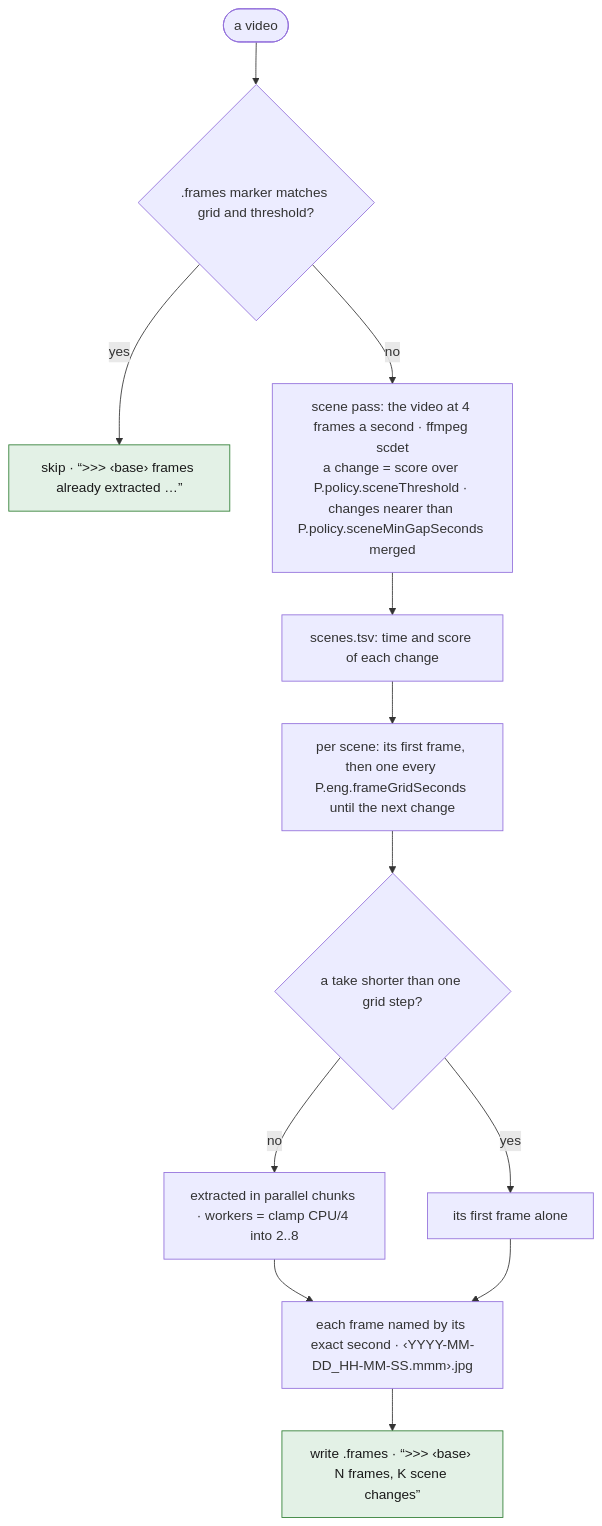
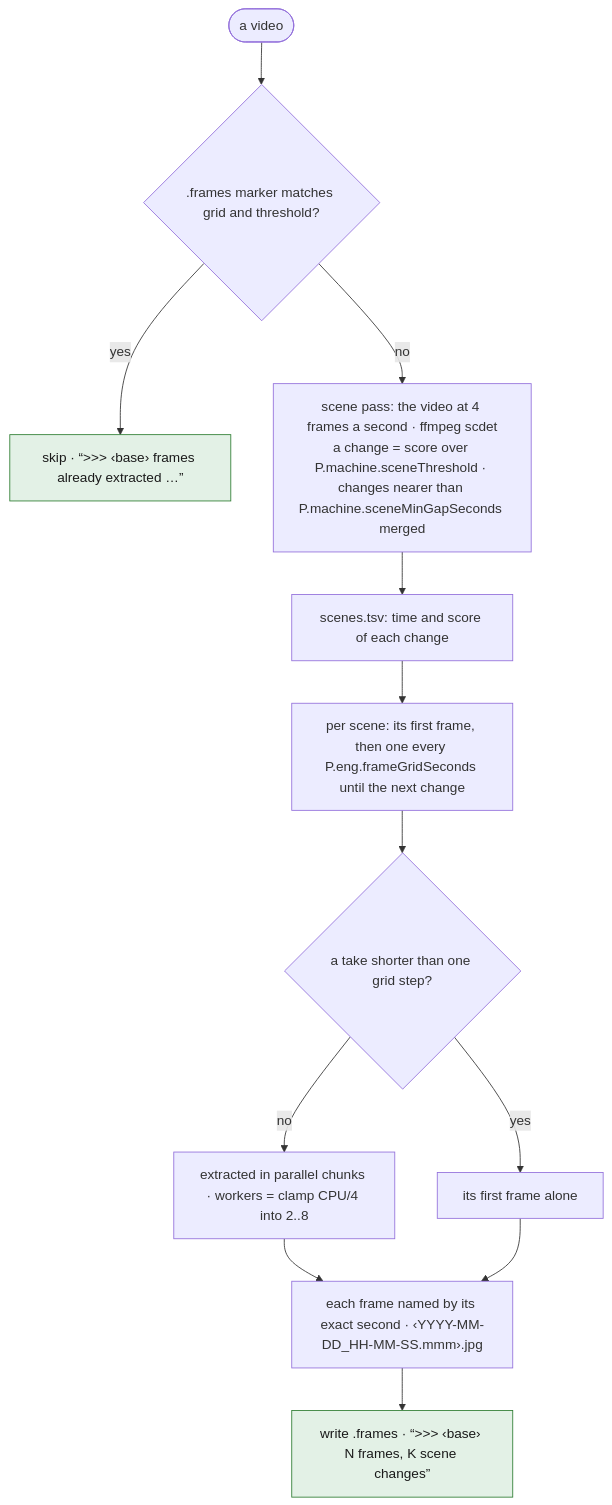
The sixth of 12 diagrams in spec/04-prepare.md (tbocek/naivepost), drawn with Mermaid before and after one commit. The commit also changed other lines of this file and 16 other files, not shown here.

````diff
--- a/spec/04-prepare.md
+++ b/spec/04-prepare.md
@@ -173,17 +173,17 @@
 ```mermaid
 flowchart TD
   A(["a video"]) --> M{".frames marker matches grid and threshold?"}
   M -- yes --> SK["skip · “>>> ‹base› frames already extracted …”"]:::done
-  M -- no --> SD["scene pass: the video at 4 frames a second · ffmpeg scdet<br/>a change = score over P.policy.sceneThreshold · changes nearer than P.policy.sceneMinGapSeconds merged"]
+  M -- no --> SD["scene pass: the video at 4 frames a second · ffmpeg scdet<br/>a change = score over P.machine.sceneThreshold · changes nearer than P.machine.sceneMinGapSeconds merged"]
   SD --> ST["scenes.tsv: time and score of each change"]
   ST --> G["per scene: its first frame, then one every P.eng.frameGridSeconds until the next change"]
   G --> SH{"a take shorter than one grid step?"}
   SH -- yes --> ONE["its first frame alone"]
   SH -- no --> PAR["extracted in parallel chunks · workers = clamp CPU/4 into 2..8"]
   PAR --> NM["each frame named by its exact second · ‹YYYY-MM-DD_HH-MM-SS.mmm›.jpg"]
   ONE --> NM
   NM --> MK["write .frames · “>>> ‹base› N frames, K scene changes”"]:::done
   classDef refuse fill:#fde2e1,stroke:#c01c28,color:#1a1a1a
   classDef done fill:#e3f1e6,stroke:#2e7d32,color:#1a1a1a
   classDef ask fill:#e8eefc,stroke:#3a63c8,color:#1a1a1a
 ```
````
